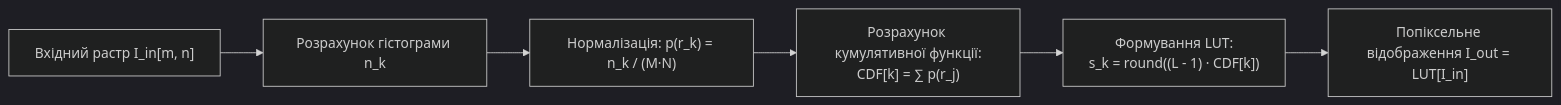
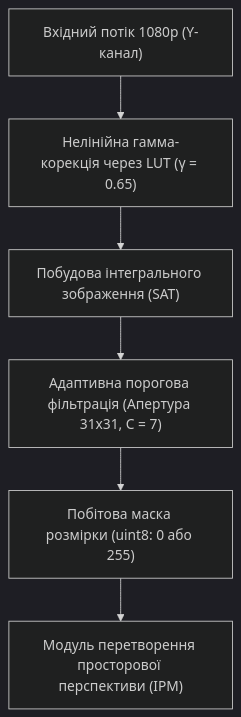
The fourth of 4 diagrams in docs/lk/lk6.md (KyryloVadurin/signal-image-processing), drawn with Mermaid (dark theme) before and after one commit. The commit also changed other lines of this file, not shown here.

````diff
--- a/docs/lk/lk6.md
+++ b/docs/lk/lk6.md
@@ -106,8 +419,8 @@
 ```mermaid
-flowchart LR
-    A["Вхідний растр I_in[m, n]"] --> B["Розрахунок гістограми n_k"]
-    B --> C["Нормалізація: p(r_k) = n_k / (M·N)"]
-    C --> D["Розрахунок кумулятивної функції:<br>CDF[k] = ∑ p(r_j)"]
-    D --> E["Формування LUT:<br>s_k = round((L - 1) · CDF[k])"]
-    E --> F["Попіксельне відображення I_out = LUT[I_in]"]
+flowchart TD
+    A["Вхідний потік 1080p (Y-канал)"] --> B["Нелінійна гамма-корекція через LUT (γ = 0.65)"]
+    B --> C["Побудова інтегрального зображення (SAT)"]
+    C --> D["Адаптивна порогова фільтрація (Апертура 31x31, C = 7)"]
+    D --> E["Побітова маска розмірки (uint8: 0 або 255)"]
+    E --> F["Модуль перетворення просторової перспективи (IPM)"]
 ```
````
